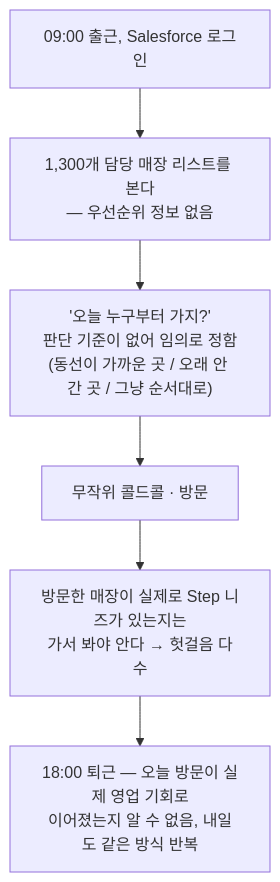
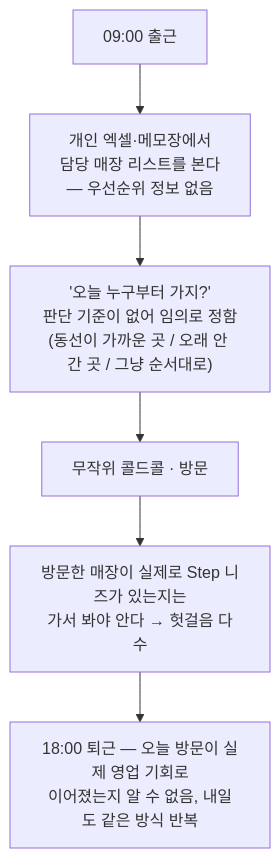
The second of 5 diagrams in docs/02_USER_FLOW.md (CellsOrg/CellsProject), drawn with Mermaid before and after one commit. The commit also changed other lines of this file and 22 other files, not shown here.

````diff
--- a/docs/02_USER_FLOW.md
+++ b/docs/02_USER_FLOW.md
@@ -22,8 +31,8 @@
 ```mermaid
 flowchart TD
-    A["09:00 출근, Salesforce 로그인"] --> B["1,300개 담당 매장 리스트를 본다<br/>— 우선순위 정보 없음"]
+    A["09:00 출근"] --> B["개인 엑셀·메모장에서<br/>담당 매장 리스트를 본다<br/>— 우선순위 정보 없음"]
     B --> C["'오늘 누구부터 가지?'<br/>판단 기준이 없어 임의로 정함<br/>(동선이 가까운 곳 / 오래 안 간 곳 / 그냥 순서대로)"]
     C --> D["무작위 콜드콜 · 방문"]
     D --> E["방문한 매장이 실제로 Step 니즈가 있는지는<br/>가서 봐야 안다 → 헛걸음 다수"]
     E --> F["18:00 퇴근 — 오늘 방문이 실제 영업 기회로<br/>이어졌는지 알 수 없음, 내일도 같은 방식 반복"]
 ```
````
